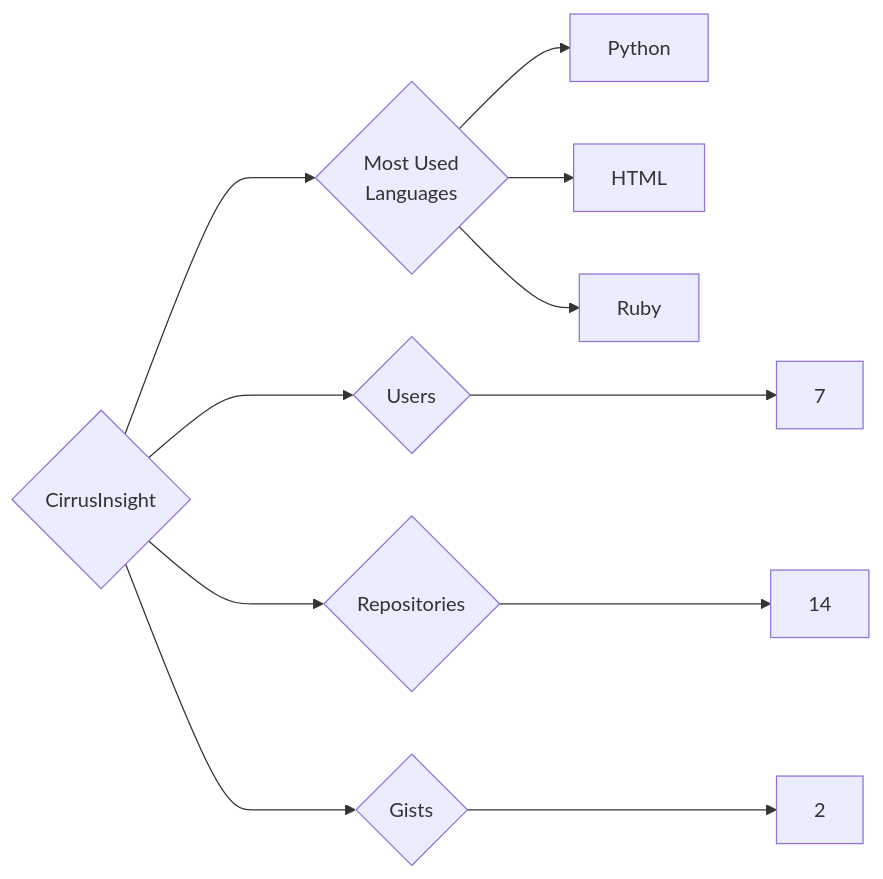
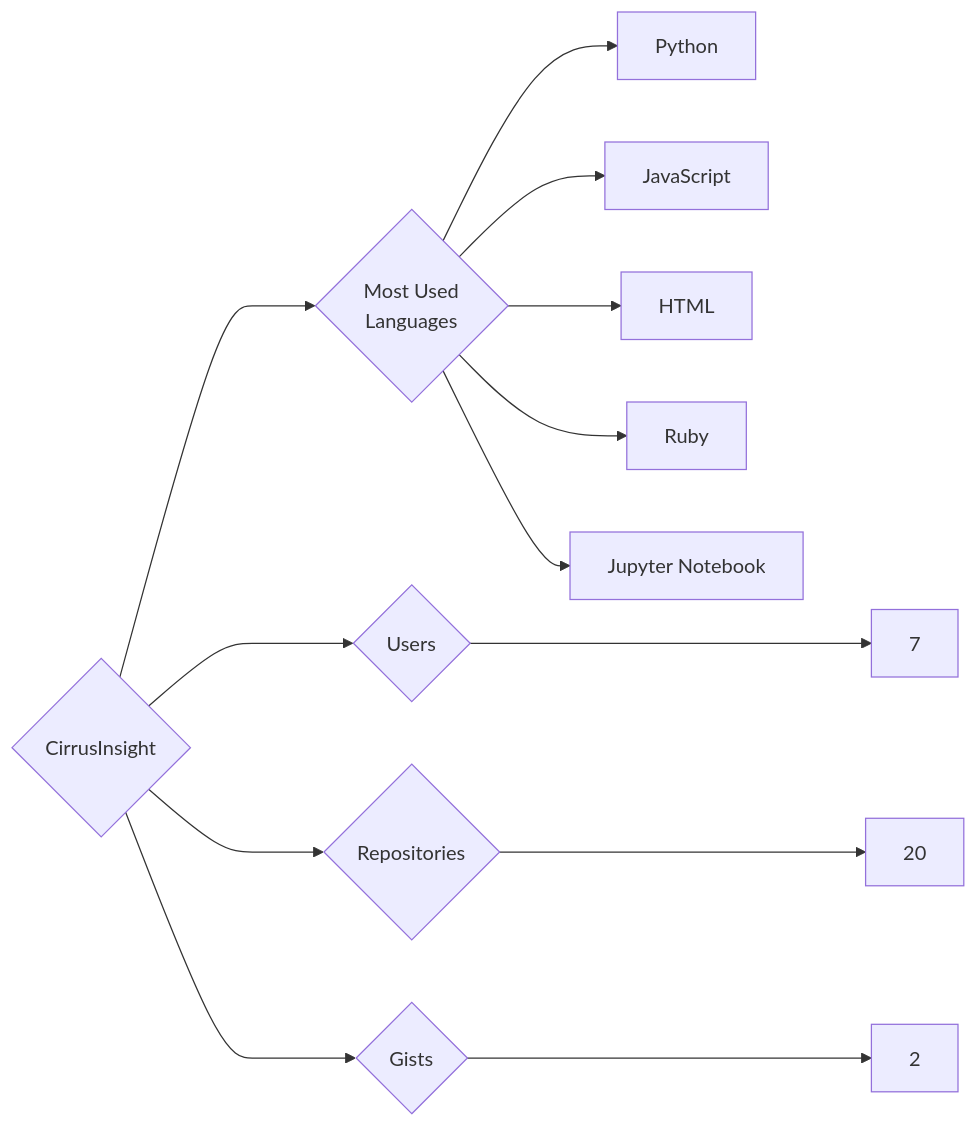
One commit to trickest/insiders changed the diagram in targets/CirrusInsight/README.md. Above: the diagram before and after it, drawn with Mermaid. The commit also changed 1149 other files, not shown here.

````diff
--- a/targets/CirrusInsight/README.md
+++ b/targets/CirrusInsight/README.md
@@ -3,11 +3,13 @@
 ```mermaid
 graph LR
 COMPANY_NAME{CirrusInsight}
 COMPANY_NAME ---> U{Users} ---> UN[7]
-COMPANY_NAME ---> R{Repositories} ---> RN[14]
+COMPANY_NAME ---> R{Repositories} ---> RN[20]
 COMPANY_NAME ---> G{Gists} ---> GN[2]
 COMPANY_NAME ---> ML{Most Used<br>Languages}
 ML --> Python[Python]
+ML --> JavaScript[JavaScript]
 ML --> HTML[HTML]
 ML --> Ruby[Ruby]
+ML --> Jupyter_Notebook[Jupyter Notebook]
 ```
````
